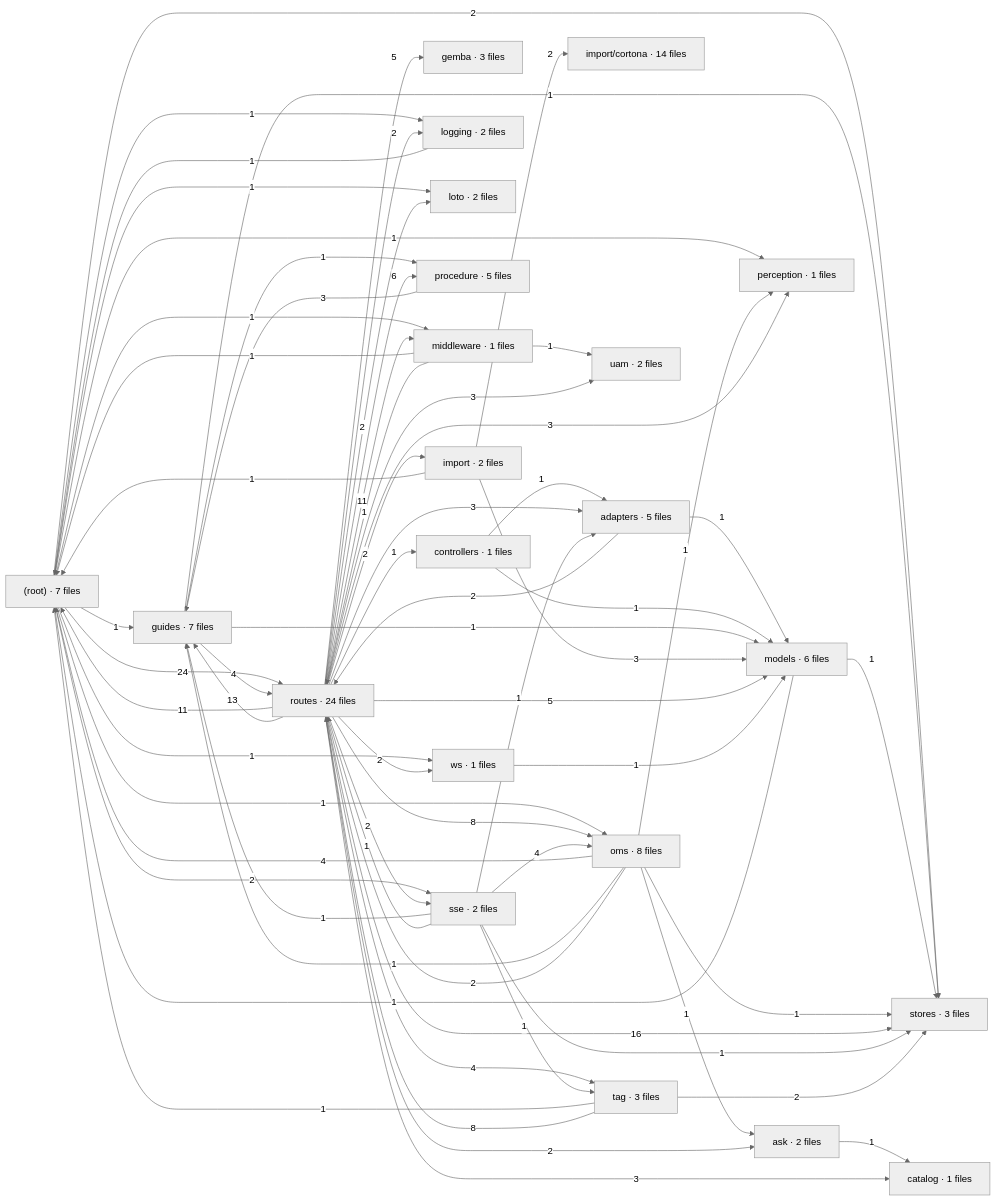
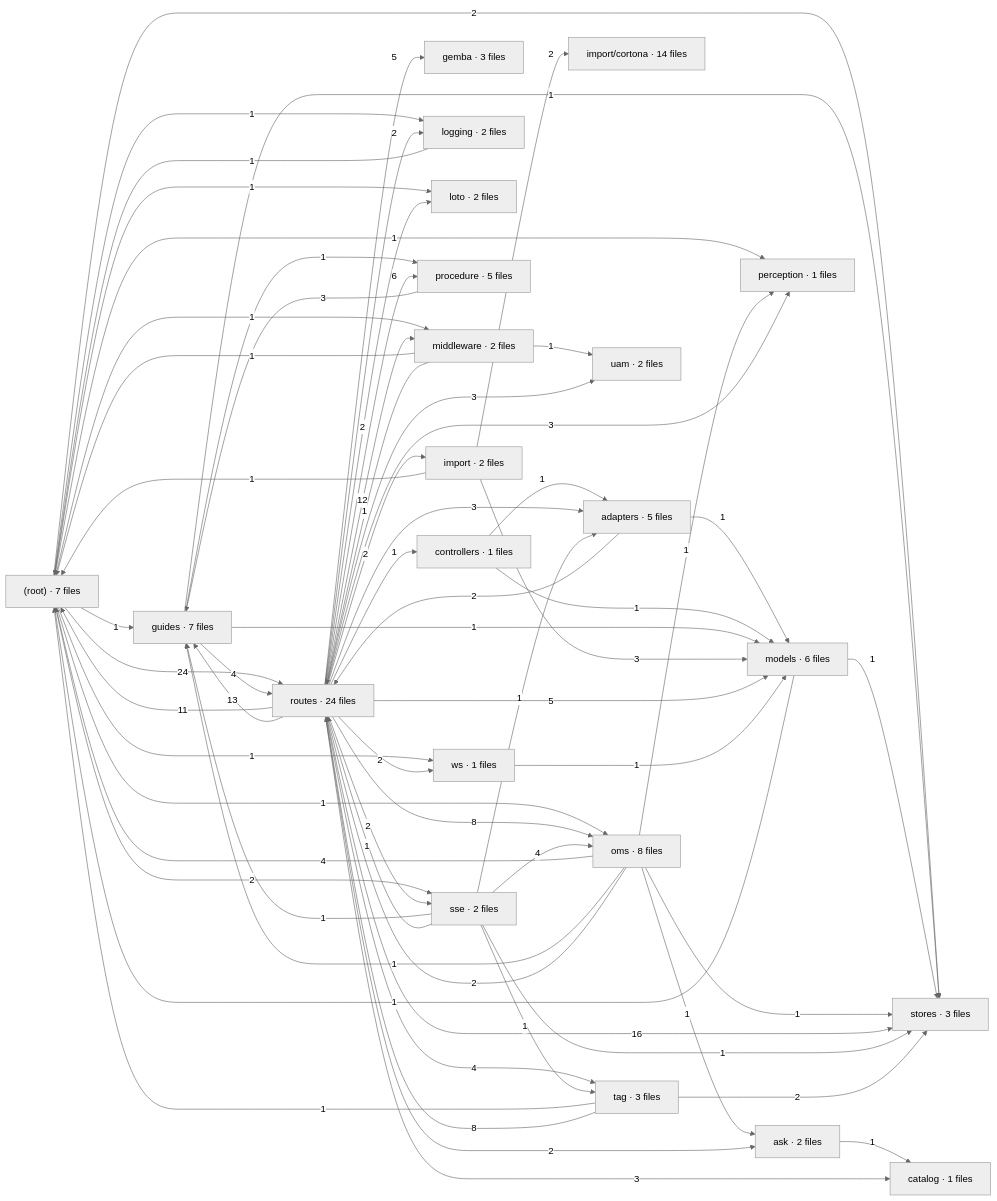
Before and after one commit to krocx/spatial-tapgging-app: the diagram in docs/architecture/deps-sib.mmd, drawn with Mermaid (neutral theme). The commit also changed 11 other files, not shown here.

```diff
--- a/docs/architecture/deps-sib.mmd
+++ b/docs/architecture/deps-sib.mmd
@@ -1,90 +1,90 @@
 %% generated by scripts/arch-graph.mjs - do not edit
 flowchart LR
   %% sib/src - relative imports between folders (edge label = number of imports)
   F__["(root) · 7 files"]
   F_adapters["adapters · 5 files"]
   F_ask["ask · 2 files"]
   F_catalog["catalog · 1 files"]
   F_controllers["controllers · 1 files"]
   F_gemba["gemba · 3 files"]
   F_guides["guides · 7 files"]
   F_import["import · 2 files"]
   F_import_cortona["import/cortona · 14 files"]
   F_logging["logging · 2 files"]
   F_loto["loto · 2 files"]
-  F_middleware["middleware · 1 files"]
+  F_middleware["middleware · 2 files"]
   F_models["models · 6 files"]
   F_oms["oms · 8 files"]
   F_perception["perception · 1 files"]
   F_procedure["procedure · 5 files"]
   F_routes["routes · 24 files"]
   F_sse["sse · 2 files"]
   F_stores["stores · 3 files"]
   F_tag["tag · 3 files"]
   F_uam["uam · 2 files"]
   F_ws["ws · 1 files"]
   F__ -->|1| F_guides
   F__ -->|1| F_logging
   F__ -->|1| F_loto
   F__ -->|1| F_middleware
   F__ -->|1| F_oms
   F__ -->|1| F_perception
   F__ -->|24| F_routes
   F__ -->|2| F_sse
   F__ -->|2| F_stores
   F__ -->|1| F_ws
   F_adapters -->|1| F_models
   F_adapters -->|2| F_routes
   F_ask -->|1| F_catalog
   F_controllers -->|1| F_adapters
   F_controllers -->|1| F_models
   F_guides -->|1| F_models
   F_guides -->|1| F_procedure
   F_guides -->|4| F_routes
   F_guides -->|1| F_stores
   F_import -->|1| F__
   F_import -->|2| F_import_cortona
   F_import -->|3| F_models
   F_logging -->|1| F__
   F_middleware -->|1| F__
   F_middleware -->|1| F_routes
   F_middleware -->|1| F_uam
   F_models -->|1| F__
   F_models -->|1| F_stores
   F_oms -->|4| F__
   F_oms -->|1| F_ask
   F_oms -->|1| F_guides
   F_oms -->|1| F_perception
   F_oms -->|2| F_routes
   F_oms -->|1| F_stores
   F_procedure -->|3| F_guides
   F_routes -->|11| F__
   F_routes -->|3| F_adapters
   F_routes -->|2| F_ask
   F_routes -->|3| F_catalog
   F_routes -->|1| F_controllers
   F_routes -->|5| F_gemba
   F_routes -->|13| F_guides
   F_routes -->|2| F_import
   F_routes -->|2| F_logging
   F_routes -->|2| F_loto
-  F_routes -->|11| F_middleware
+  F_routes -->|12| F_middleware
   F_routes -->|5| F_models
   F_routes -->|8| F_oms
   F_routes -->|3| F_perception
   F_routes -->|6| F_procedure
   F_routes -->|2| F_sse
   F_routes -->|16| F_stores
   F_routes -->|4| F_tag
   F_routes -->|3| F_uam
   F_routes -->|2| F_ws
   F_sse -->|1| F_adapters
   F_sse -->|1| F_guides
   F_sse -->|4| F_oms
   F_sse -->|1| F_routes
   F_sse -->|1| F_stores
   F_sse -->|1| F_tag
   F_tag -->|1| F__
   F_tag -->|8| F_routes
   F_tag -->|2| F_stores
   F_ws -->|1| F_models
```
